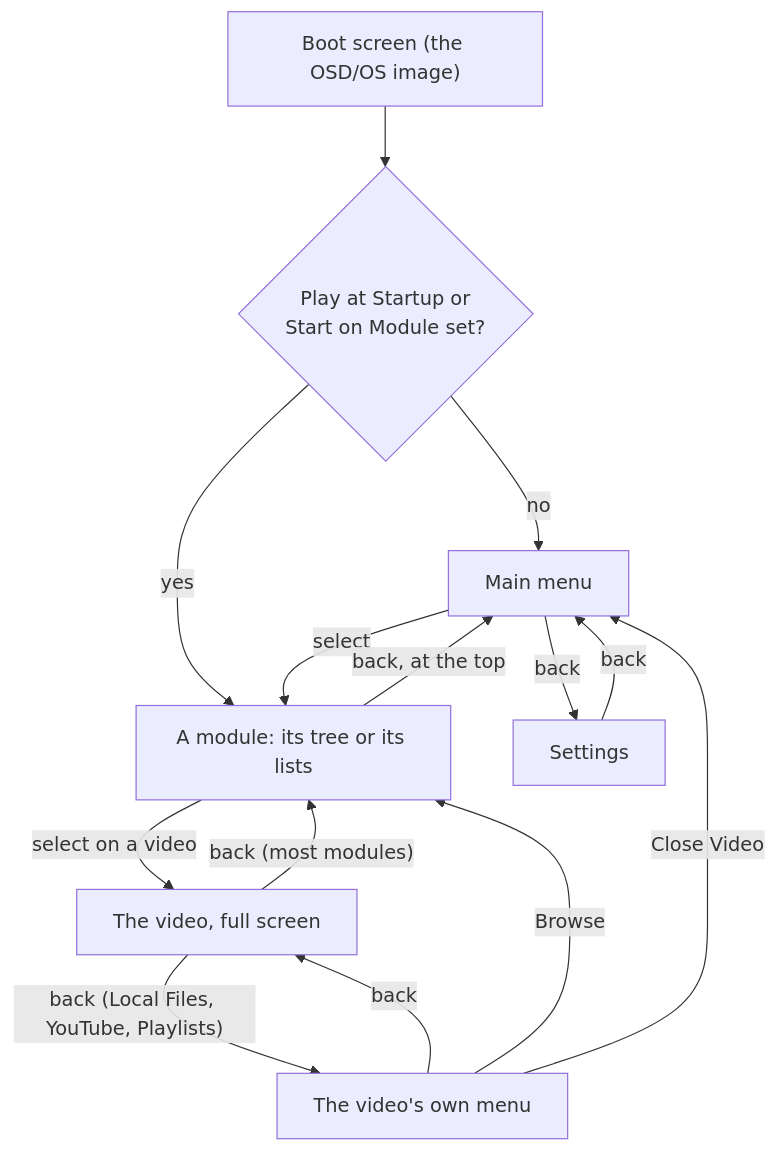
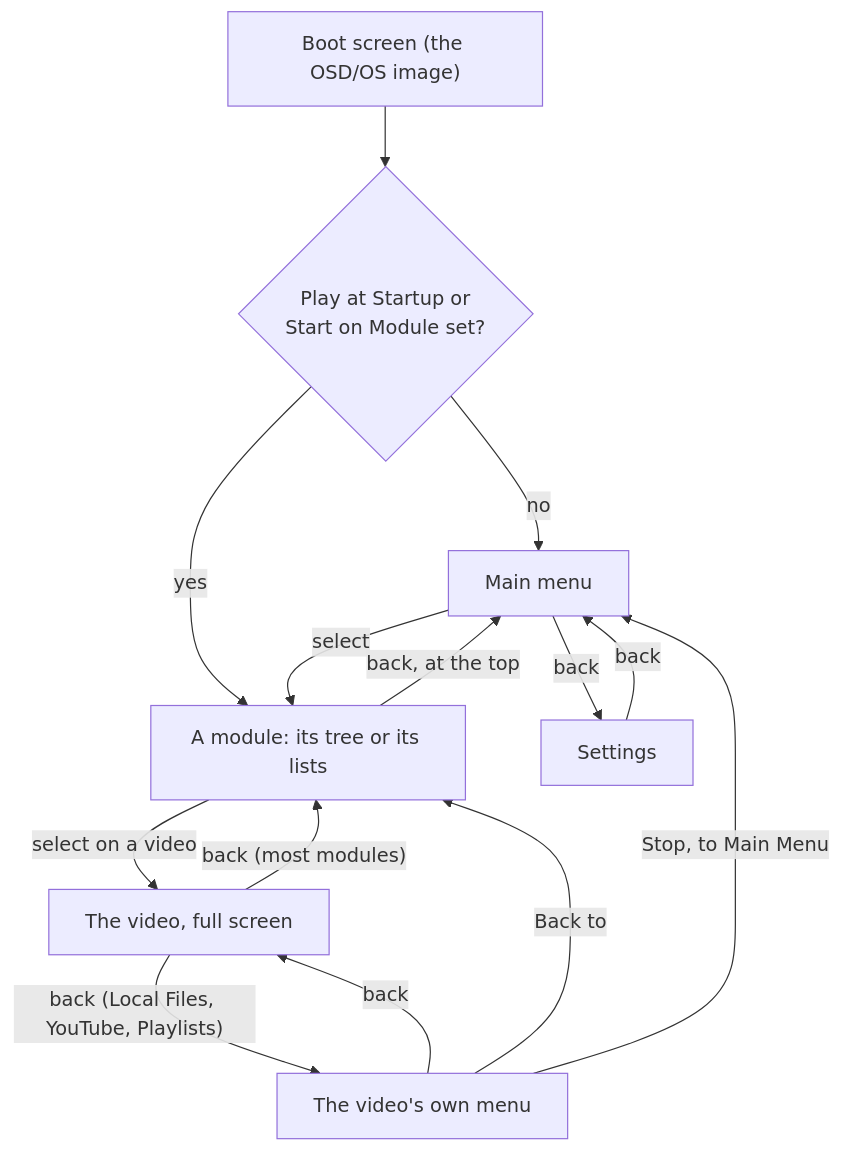
The diagram in docs/wiki/Using-OSD-OS.md (mehmetraif/OSD-OS), drawn with Mermaid before and after one commit. The commit also changed other lines of this file and 13 other files, not shown here.

First line of the commit message:
feat: a video's own menu leads with Back to the module and Stop, to Main Menu

````diff
--- a/docs/wiki/Using-OSD-OS.md
+++ b/docs/wiki/Using-OSD-OS.md
@@ -24,16 +24,16 @@
 ```mermaid
 flowchart TD
     boot["Boot screen (the OSD/OS image)"] --> startup{"Play at Startup or<br/>Start on Module set?"}
     startup -- no --> menu["Main menu"]
     startup -- yes --> module
     menu -- back --> settings["Settings"]
     settings -- back --> menu
     menu -- select --> module["A module: its tree or its lists"]
     module -- "back, at the top" --> menu
     module -- "select on a video" --> video["The video, full screen"]
     video -- "back (most modules)" --> module
     video -- "back (Local Files, YouTube, Playlists)" --> vmenu["The video's own menu"]
     vmenu -- back --> video
-    vmenu -- Browse --> module
-    vmenu -- "Close Video" --> menu
+    vmenu -- "Back to <module>" --> module
+    vmenu -- "Stop, to Main Menu" --> menu
 ```
````
